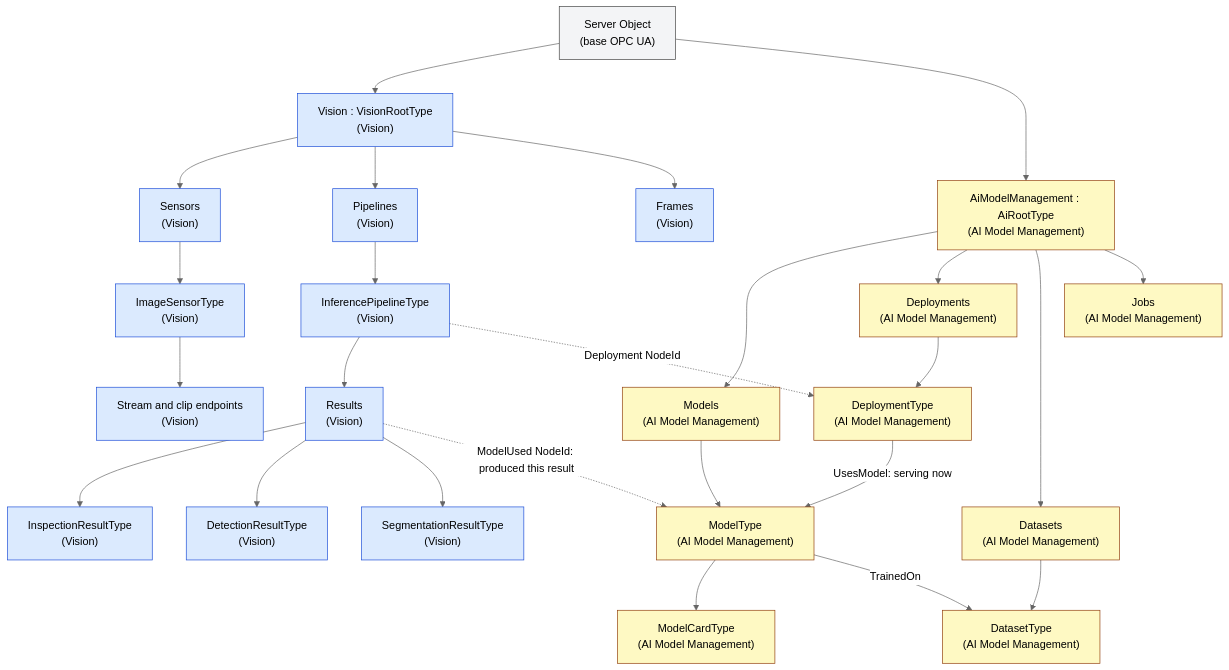
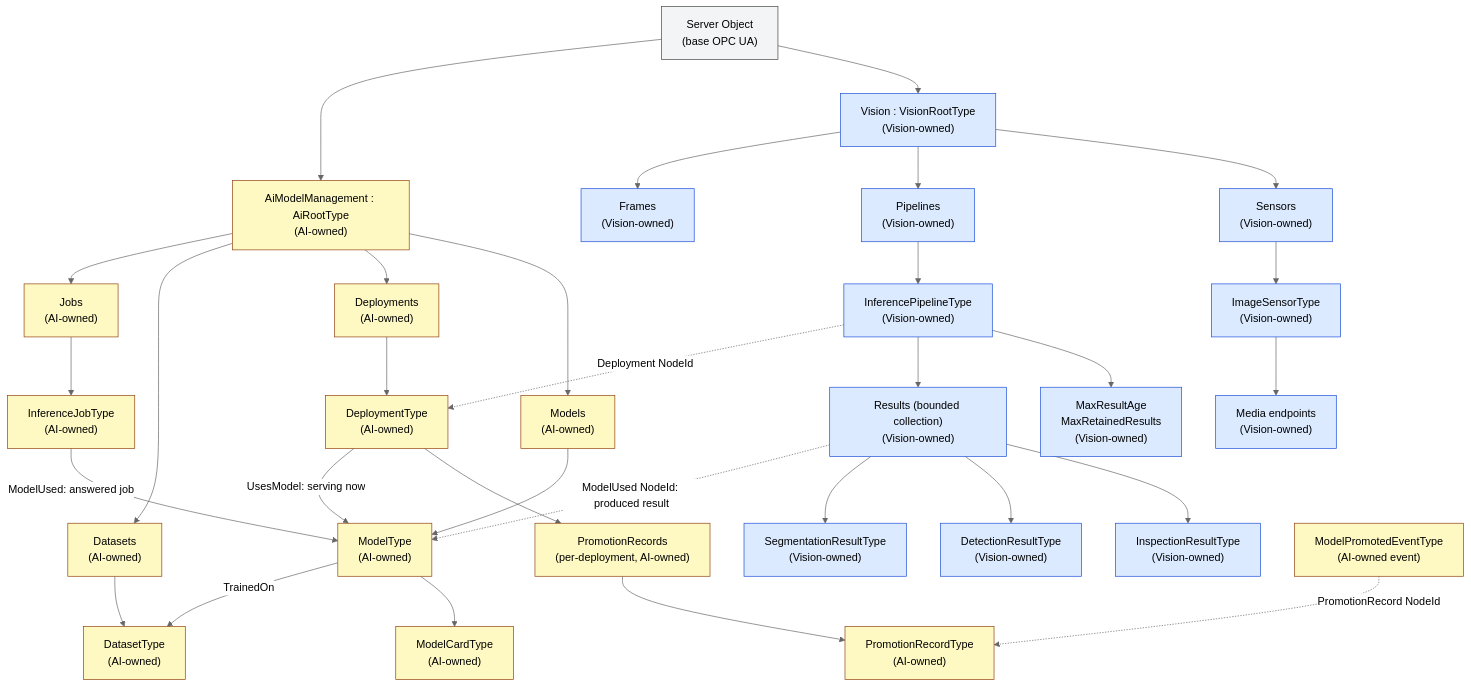
The diagram in metaverse-specs/vision-ai-walkthrough.md (marcschier/opcua-drafts), drawn with Mermaid (neutral theme) before and after one commit. The commit also changed other lines of this file and 34 other files, not shown here.

````diff
--- a/metaverse-specs/vision-ai-walkthrough.md
+++ b/metaverse-specs/vision-ai-walkthrough.md
@@ -24,39 +26,44 @@
 ```mermaid
 flowchart TD
     Server["Server Object<br/>(base OPC UA)"]:::core
 
-    Server --> Vision["Vision : VisionRootType<br/>(Vision)"]:::vision
-    Server --> AI["AiModelManagement : AiRootType<br/>(AI Model Management)"]:::ai
+    Server --> Vision["Vision : VisionRootType<br/>(Vision-owned)"]:::vision
+    Server --> AI["AiModelManagement : AiRootType<br/>(AI-owned)"]:::ai
 
-    Vision --> Sensors["Sensors<br/>(Vision)"]:::vision
-    Vision --> Pipelines["Pipelines<br/>(Vision)"]:::vision
-    Vision --> Frames["Frames<br/>(Vision)"]:::vision
+    Vision --> Sensors["Sensors<br/>(Vision-owned)"]:::vision
+    Vision --> Pipelines["Pipelines<br/>(Vision-owned)"]:::vision
+    Vision --> Frames["Frames<br/>(Vision-owned)"]:::vision
+    Sensors --> Sensor["ImageSensorType<br/>(Vision-owned)"]:::vision
+    Sensor --> Media["Media endpoints<br/>(Vision-owned)"]:::vision
 
-    Sensors --> Sensor["ImageSensorType<br/>(Vision)"]:::vision
-    Sensor --> Media["Stream and clip endpoints<br/>(Vision)"]:::vision
-    Pipelines --> Pipeline["InferencePipelineType<br/>(Vision)"]:::vision
-    Pipeline --> Results["Results<br/>(Vision)"]:::vision
+    Pipelines --> Pipeline["InferencePipelineType<br/>(Vision-owned)"]:::vision
+    Pipeline --> Limits["MaxResultAge<br/>MaxRetainedResults<br/>(Vision-owned)"]:::vision
+    Pipeline --> Results["Results (bounded collection)<br/>(Vision-owned)"]:::vision
+    Results --> Inspection["InspectionResultType<br/>(Vision-owned)"]:::vision
+    Results --> Detection["DetectionResultType<br/>(Vision-owned)"]:::vision
+    Results --> Segmentation["SegmentationResultType<br/>(Vision-owned)"]:::vision
 
-    Results --> Inspection["InspectionResultType<br/>(Vision)"]:::vision
-    Results --> Detection["DetectionResultType<br/>(Vision)"]:::vision
-    Results --> Segmentation["SegmentationResultType<br/>(Vision)"]:::vision
+    AI --> Models["Models<br/>(AI-owned)"]:::ai
+    AI --> Deployments["Deployments<br/>(AI-owned)"]:::ai
+    AI --> Datasets["Datasets<br/>(AI-owned)"]:::ai
+    AI --> Jobs["Jobs<br/>(AI-owned)"]:::ai
+    Deployments --> Deployment["DeploymentType<br/>(AI-owned)"]:::ai
+    Deployment --> Promotions["PromotionRecords<br/>(per-deployment, AI-owned)"]:::ai
+    Promotions --> Promotion["PromotionRecordType<br/>(AI-owned)"]:::ai
+    Models --> Model["ModelType<br/>(AI-owned)"]:::ai
+    Datasets --> Dataset["DatasetType<br/>(AI-owned)"]:::ai
+    Model --> Card["ModelCardType<br/>(AI-owned)"]:::ai
+    Jobs --> InferenceJob["InferenceJobType<br/>(AI-owned)"]:::ai
 
-    AI --> Models["Models<br/>(AI Model Management)"]:::ai
-    AI --> Deployments["Deployments<br/>(AI Model Management)"]:::ai
-    AI --> Datasets["Datasets<br/>(AI Model Management)"]:::ai
-    AI --> Jobs["Jobs<br/>(AI Model Management)"]:::ai
-
-    Deployments --> Deployment["DeploymentType<br/>(AI Model Management)"]:::ai
-    Models --> Model["ModelType<br/>(AI Model Management)"]:::ai
-    Datasets --> Dataset["DatasetType<br/>(AI Model Management)"]:::ai
-    Model --> Card["ModelCardType<br/>(AI Model Management)"]:::ai
-
-    Pipeline -.->|Deployment NodeId| Deployment
-    Deployment -->|UsesModel: serving now| Model
-    Results -.->|ModelUsed NodeId: produced this result| Model
+    Pipeline -.->|"Deployment NodeId"| Deployment
+    Deployment -->|"UsesModel: serving now"| Model
+    Results -.->|"ModelUsed NodeId: produced result"| Model
+    InferenceJob -->|"ModelUsed: answered job"| Model
     Model -->|TrainedOn| Dataset
+    PromotionEvent["ModelPromotedEventType<br/>(AI-owned event)"]:::ai
+    PromotionEvent -.->|"PromotionRecord NodeId"| Promotion
 
     classDef core fill:#f3f4f6,stroke:#444
     classDef vision fill:#dbeafe,stroke:#1d4ed8
     classDef ai fill:#fef9c3,stroke:#92400e
 ```
````
